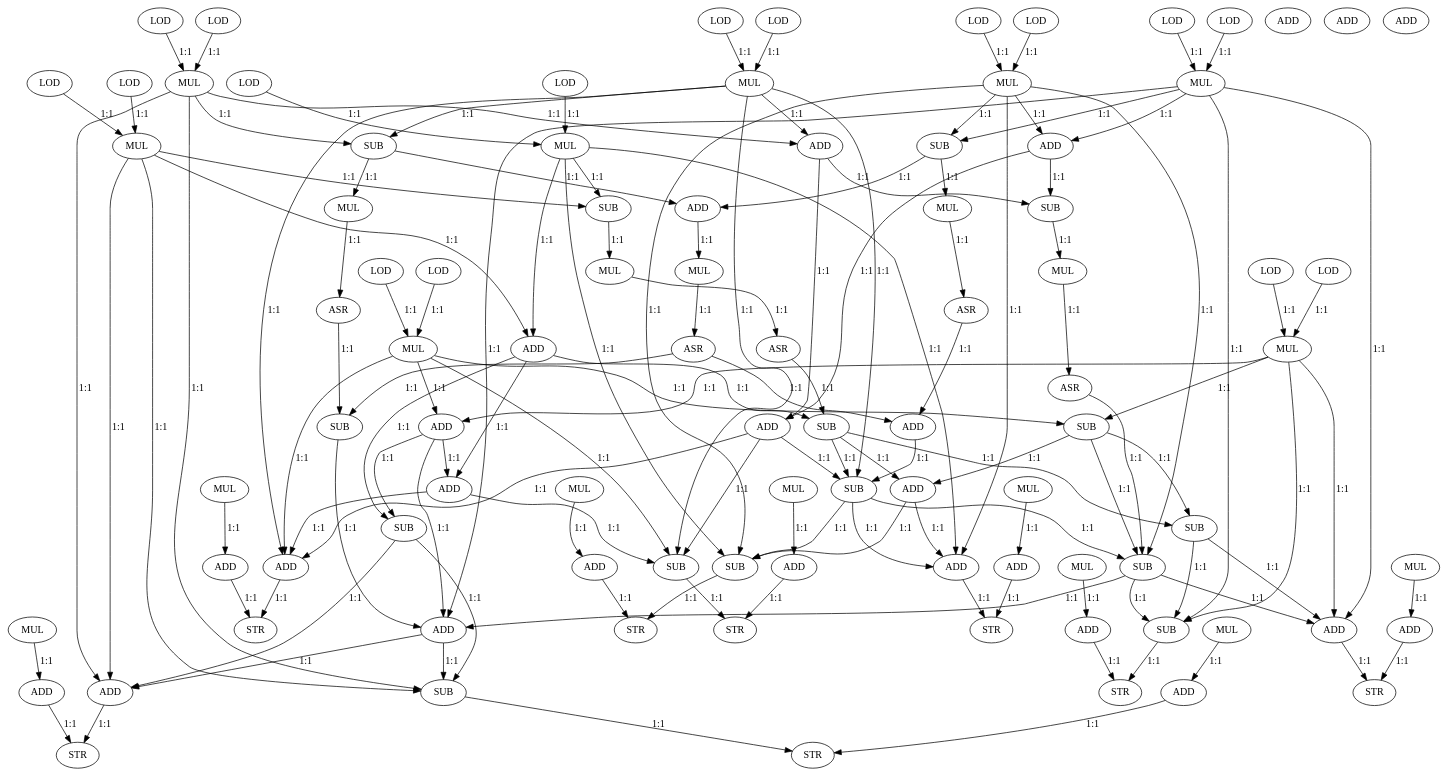
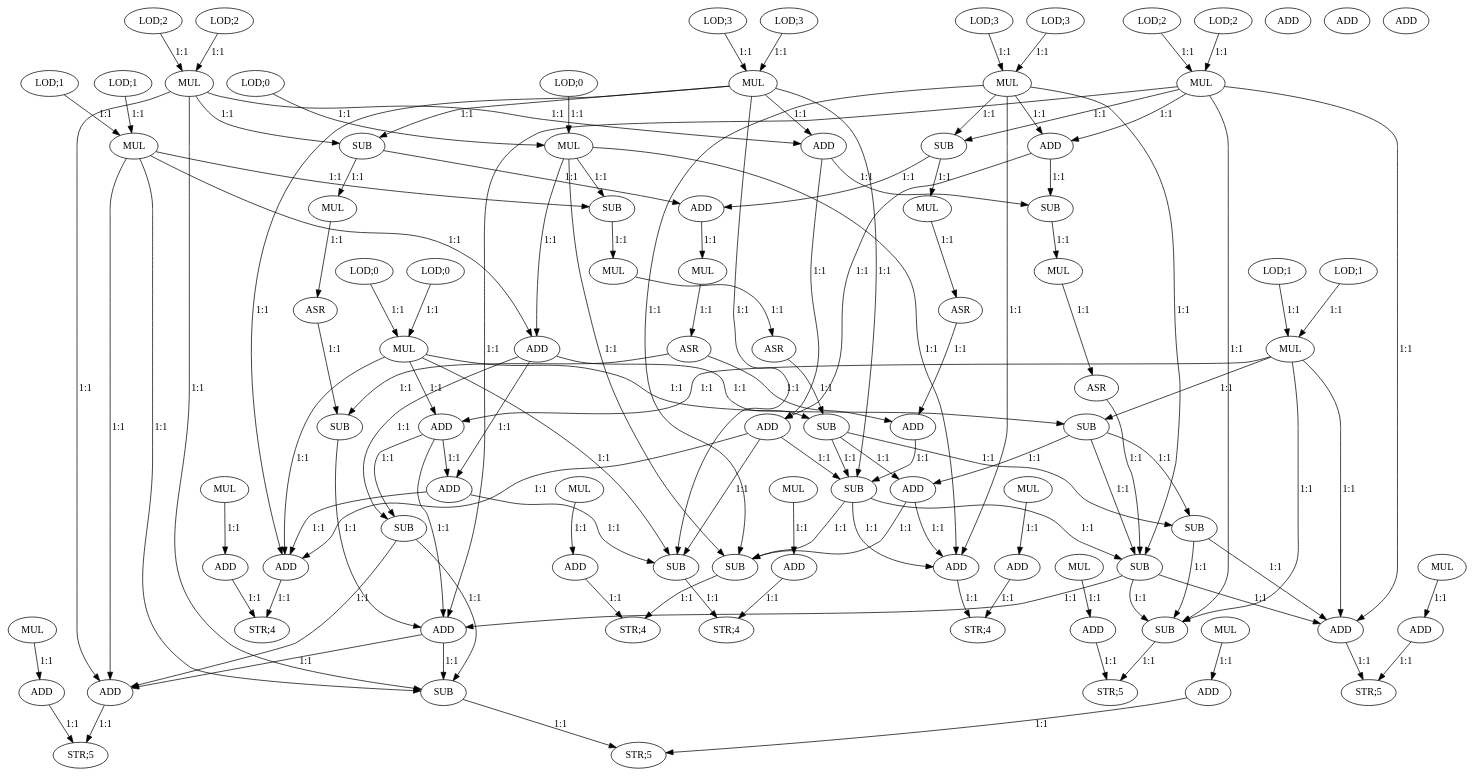
Before and after one commit to nikhilsambhus/DFGprop: the diagram in large_dfgs/Express_loadUpward/jpeg_idct.dot, drawn with Graphviz. The commit also changed 16 other files, not shown here.

```diff
--- a/large_dfgs/Express_loadUpward/jpeg_idct.dot
+++ b/large_dfgs/Express_loadUpward/jpeg_idct.dot
@@ -1,15 +1,15 @@
 digraph  {
-   0 [label="LOD"];
-   1 [label="LOD"];
+   0 [label="LOD;0"];
+   1 [label="LOD;0"];
    2 [label="MUL"];
-   3 [label="LOD"];
-   4 [label="LOD"];
+   3 [label="LOD;0"];
+   4 [label="LOD;0"];
    5 [label="MUL"];
-   6 [label="LOD"];
-   7 [label="LOD"];
+   6 [label="LOD;1"];
+   7 [label="LOD;1"];
    8 [label="MUL"];
-   9 [label="LOD"];
-   10 [label="LOD"];
+   9 [label="LOD;1"];
+   10 [label="LOD;1"];
    11 [label="MUL"];
    12 [label="ADD"];
    13 [label="SUB"];
@@ -22,17 +22,17 @@
    20 [label="SUB"];
    21 [label="ADD"];
    22 [label="SUB"];
-   23 [label="LOD"];
-   24 [label="LOD"];
+   23 [label="LOD;2"];
+   24 [label="LOD;2"];
    25 [label="MUL"];
-   26 [label="LOD"];
-   27 [label="LOD"];
+   26 [label="LOD;2"];
+   27 [label="LOD;2"];
    28 [label="MUL"];
-   29 [label="LOD"];
-   30 [label="LOD"];
+   29 [label="LOD;3"];
+   30 [label="LOD;3"];
    31 [label="MUL"];
-   32 [label="LOD"];
-   33 [label="LOD"];
+   32 [label="LOD;3"];
+   33 [label="LOD;3"];
    34 [label="MUL"];
    35 [label="ADD"];
    36 [label="SUB"];
@@ -57,167 +57,167 @@
    55 [label="ADD"];
    56 [label="MUL"];
    57 [label="ADD"];
-   58 [label="STR"];
+   58 [label="STR;4"];
    59 [label="SUB"];
    60 [label="MUL"];
    61 [label="ADD"];
-   62 [label="STR"];
+   62 [label="STR;4"];
    63 [label="ADD"];
    64 [label="MUL"];
    65 [label="ADD"];
-   66 [label="STR"];
+   66 [label="STR;4"];
    67 [label="SUB"];
    68 [label="MUL"];
    69 [label="ADD"];
-   70 [label="STR"];
+   70 [label="STR;4"];
    71 [label="ADD"];
    72 [label="MUL"];
    73 [label="ADD"];
-   74 [label="STR"];
+   74 [label="STR;5"];
    75 [label="SUB"];
    76 [label="MUL"];
    77 [label="ADD"];
-   78 [label="STR"];
+   78 [label="STR;5"];
    79 [label="ADD"];
    80 [label="MUL"];
    81 [label="ADD"];
-   82 [label="STR"];
+   82 [label="STR;5"];
    83 [label="SUB"];
    84 [label="MUL"];
    85 [label="ADD"];
-   86 [label="STR"];
+   86 [label="STR;5"];
    87 [label="ADD"];
    88 [label="ADD"];
    89 [label="ADD"];
 
-   0->2 [label="1:1"]
-   1->2 [label="1:1"]
-   2->12 [label="1:1"]
-   2->13 [label="1:1"]
-   2->55 [label="1:1"]
-   2->59 [label="1:1"]
-   3->5 [label="1:1"]
-   4->5 [label="1:1"]
-   5->14 [label="1:1"]
-   5->15 [label="1:1"]
-   5->63 [label="1:1"]
-   5->67 [label="1:1"]
-   6->8 [label="1:1"]
-   7->8 [label="1:1"]
-   8->12 [label="1:1"]
-   8->13 [label="1:1"]
-   8->71 [label="1:1"]
-   8->75 [label="1:1"]
-   9->11 [label="1:1"]
-   10->11 [label="1:1"]
-   11->14 [label="1:1"]
-   11->15 [label="1:1"]
-   11->79 [label="1:1"]
-   11->83 [label="1:1"]
-   12->19 [label="1:1"]
-   12->20 [label="1:1"]
-   12->54 [label="1:1"]
-   13->21 [label="1:1"]
-   13->22 [label="1:1"]
-   13->53 [label="1:1"]
-   14->18 [label="1:1"]
-   14->19 [label="1:1"]
-   14->20 [label="1:1"]
-   15->16 [label="1:1"]
-   16->17 [label="1:1"]
-   17->18 [label="1:1"]
-   18->21 [label="1:1"]
-   18->22 [label="1:1"]
-   18->52 [label="1:1"]
-   19->55 [label="1:1"]
-   19->59 [label="1:1"]
-   20->79 [label="1:1"]
-   20->83 [label="1:1"]
-   21->63 [label="1:1"]
-   21->67 [label="1:1"]
-   22->71 [label="1:1"]
-   22->75 [label="1:1"]
-   23->25 [label="1:1"]
-   24->25 [label="1:1"]
-   25->37 [label="1:1"]
-   25->38 [label="1:1"]
-   25->79 [label="1:1"]
-   25->83 [label="1:1"]
-   26->28 [label="1:1"]
-   27->28 [label="1:1"]
-   28->35 [label="1:1"]
-   28->36 [label="1:1"]
-   28->54 [label="1:1"]
-   28->71 [label="1:1"]
-   28->75 [label="1:1"]
-   29->31 [label="1:1"]
-   30->31 [label="1:1"]
-   31->35 [label="1:1"]
-   31->36 [label="1:1"]
-   31->53 [label="1:1"]
-   31->63 [label="1:1"]
-   31->67 [label="1:1"]
-   32->34 [label="1:1"]
-   33->34 [label="1:1"]
-   34->37 [label="1:1"]
-   34->38 [label="1:1"]
-   34->52 [label="1:1"]
-   34->55 [label="1:1"]
-   34->59 [label="1:1"]
-   35->39 [label="1:1"]
-   35->40 [label="1:1"]
-   36->43 [label="1:1"]
-   36->49 [label="1:1"]
-   37->39 [label="1:1"]
-   37->40 [label="1:1"]
-   38->43 [label="1:1"]
-   38->46 [label="1:1"]
-   39->52 [label="1:1"]
-   39->55 [label="1:1"]
-   39->59 [label="1:1"]
-   40->41 [label="1:1"]
-   41->42 [label="1:1"]
-   42->53 [label="1:1"]
-   43->44 [label="1:1"]
-   44->45 [label="1:1"]
-   45->48 [label="1:1"]
-   45->51 [label="1:1"]
-   46->47 [label="1:1"]
-   47->48 [label="1:1"]
-   48->54 [label="1:1"]
-   49->50 [label="1:1"]
-   50->51 [label="1:1"]
-   51->52 [label="1:1"]
-   52->53 [label="1:1"]
-   52->63 [label="1:1"]
-   52->67 [label="1:1"]
-   53->54 [label="1:1"]
-   53->71 [label="1:1"]
-   53->75 [label="1:1"]
-   54->79 [label="1:1"]
-   54->83 [label="1:1"]
-   55->58 [label="1:1"]
-   56->57 [label="1:1"]
-   57->58 [label="1:1"]
-   59->62 [label="1:1"]
-   60->61 [label="1:1"]
-   61->62 [label="1:1"]
-   63->66 [label="1:1"]
-   64->65 [label="1:1"]
-   65->66 [label="1:1"]
-   67->70 [label="1:1"]
-   68->69 [label="1:1"]
-   69->70 [label="1:1"]
-   71->74 [label="1:1"]
-   72->73 [label="1:1"]
-   73->74 [label="1:1"]
-   75->78 [label="1:1"]
-   76->77 [label="1:1"]
-   77->78 [label="1:1"]
-   79->82 [label="1:1"]
-   80->81 [label="1:1"]
-   81->82 [label="1:1"]
-   83->86 [label="1:1"]
-   84->85 [label="1:1"]
-   85->86 [label="1:1"]
+   0->2 [label="1:1"];
+   1->2 [label="1:1"];
+   2->12 [label="1:1"];
+   2->13 [label="1:1"];
+   2->55 [label="1:1"];
+   2->59 [label="1:1"];
+   3->5 [label="1:1"];
+   4->5 [label="1:1"];
+   5->14 [label="1:1"];
+   5->15 [label="1:1"];
+   5->63 [label="1:1"];
+   5->67 [label="1:1"];
+   6->8 [label="1:1"];
+   7->8 [label="1:1"];
+   8->12 [label="1:1"];
+   8->13 [label="1:1"];
+   8->71 [label="1:1"];
+   8->75 [label="1:1"];
+   9->11 [label="1:1"];
+   10->11 [label="1:1"];
+   11->14 [label="1:1"];
+   11->15 [label="1:1"];
+   11->79 [label="1:1"];
+   11->83 [label="1:1"];
+   12->19 [label="1:1"];
+   12->20 [label="1:1"];
+   12->54 [label="1:1"];
+   13->21 [label="1:1"];
+   13->22 [label="1:1"];
+   13->53 [label="1:1"];
+   14->18 [label="1:1"];
+   14->19 [label="1:1"];
+   14->20 [label="1:1"];
+   15->16 [label="1:1"];
+   16->17 [label="1:1"];
+   17->18 [label="1:1"];
+   18->21 [label="1:1"];
+   18->22 [label="1:1"];
+   18->52 [label="1:1"];
+   19->55 [label="1:1"];
+   19->59 [label="1:1"];
+   20->79 [label="1:1"];
+   20->83 [label="1:1"];
+   21->63 [label="1:1"];
+   21->67 [label="1:1"];
+   22->71 [label="1:1"];
+   22->75 [label="1:1"];
+   23->25 [label="1:1"];
+   24->25 [label="1:1"];
+   25->37 [label="1:1"];
+   25->38 [label="1:1"];
+   25->79 [label="1:1"];
+   25->83 [label="1:1"];
+   26->28 [label="1:1"];
+   27->28 [label="1:1"];
+   28->35 [label="1:1"];
+   28->36 [label="1:1"];
+   28->54 [label="1:1"];
+   28->71 [label="1:1"];
+   28->75 [label="1:1"];
+   29->31 [label="1:1"];
+   30->31 [label="1:1"];
+   31->35 [label="1:1"];
+   31->36 [label="1:1"];
+   31->53 [label="1:1"];
+   31->63 [label="1:1"];
+   31->67 [label="1:1"];
+   32->34 [label="1:1"];
+   33->34 [label="1:1"];
+   34->37 [label="1:1"];
+   34->38 [label="1:1"];
+   34->52 [label="1:1"];
+   34->55 [label="1:1"];
+   34->59 [label="1:1"];
+   35->39 [label="1:1"];
+   35->40 [label="1:1"];
+   36->43 [label="1:1"];
+   36->49 [label="1:1"];
+   37->39 [label="1:1"];
+   37->40 [label="1:1"];
+   38->43 [label="1:1"];
+   38->46 [label="1:1"];
+   39->52 [label="1:1"];
+   39->55 [label="1:1"];
+   39->59 [label="1:1"];
+   40->41 [label="1:1"];
+   41->42 [label="1:1"];
+   42->53 [label="1:1"];
+   43->44 [label="1:1"];
+   44->45 [label="1:1"];
+   45->48 [label="1:1"];
+   45->51 [label="1:1"];
+   46->47 [label="1:1"];
+   47->48 [label="1:1"];
+   48->54 [label="1:1"];
+   49->50 [label="1:1"];
+   50->51 [label="1:1"];
+   51->52 [label="1:1"];
+   52->53 [label="1:1"];
+   52->63 [label="1:1"];
+   52->67 [label="1:1"];
+   53->54 [label="1:1"];
+   53->71 [label="1:1"];
+   53->75 [label="1:1"];
+   54->79 [label="1:1"];
+   54->83 [label="1:1"];
+   55->58 [label="1:1"];
+   56->57 [label="1:1"];
+   57->58 [label="1:1"];
+   59->62 [label="1:1"];
+   60->61 [label="1:1"];
+   61->62 [label="1:1"];
+   63->66 [label="1:1"];
+   64->65 [label="1:1"];
+   65->66 [label="1:1"];
+   67->70 [label="1:1"];
+   68->69 [label="1:1"];
+   69->70 [label="1:1"];
+   71->74 [label="1:1"];
+   72->73 [label="1:1"];
+   73->74 [label="1:1"];
+   75->78 [label="1:1"];
+   76->77 [label="1:1"];
+   77->78 [label="1:1"];
+   79->82 [label="1:1"];
+   80->81 [label="1:1"];
+   81->82 [label="1:1"];
+   83->86 [label="1:1"];
+   84->85 [label="1:1"];
+   85->86 [label="1:1"];
 }
```
